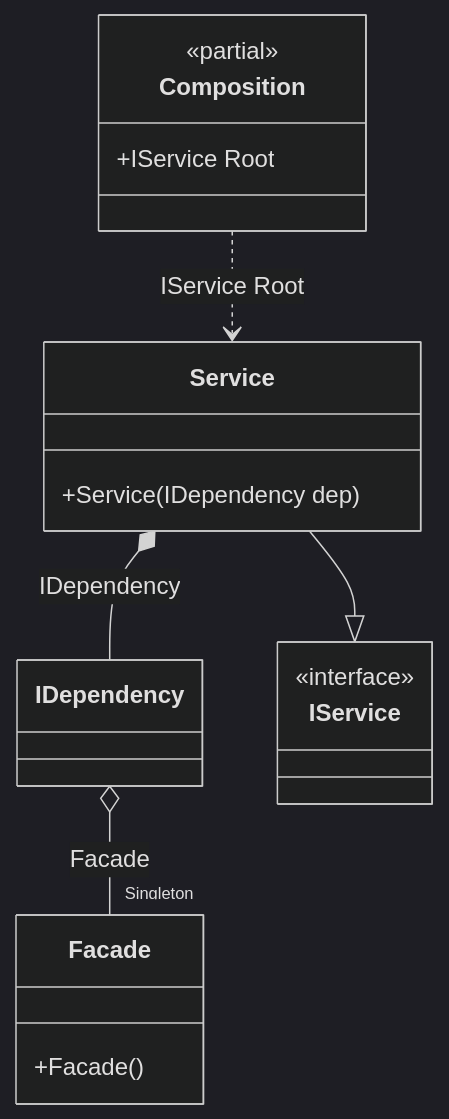
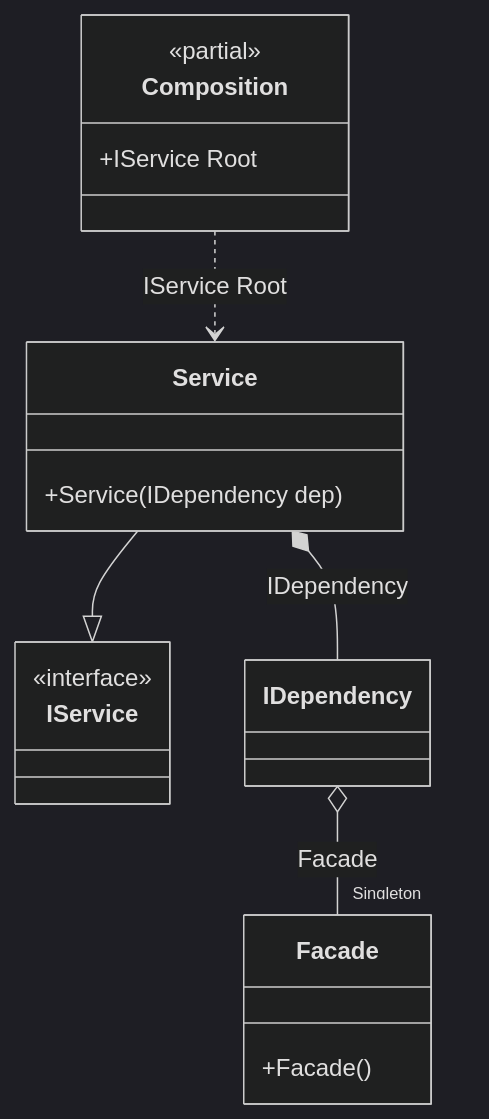
Before and after one commit to DevTeam/Pure.DI: the diagram in readme/bind-attribute.md, drawn with Mermaid (dark theme). The commit also changed other lines of this file and 92 other files, not shown here.

````diff
--- a/readme/bind-attribute.md
+++ b/readme/bind-attribute.md
@@ -101,21 +101,21 @@
 ```mermaid
 classDiagram
 	class Composition {
 		<<partial>>
 		+IService Root
 	}
+	Service --|> IService
+	class Service {
+		+Service(IDependency dep)
+	}
 	class IDependency
 	class Facade {
 		+Facade()
-	}
-	Service --|> IService
-	class Service {
-		+Service(IDependency dep)
 	}
 	class IService {
 		<<interface>>
 	}
 	Composition ..> Service : IService Root
+	Service *--  IDependency : IDependency
 	IDependency o-- "Singleton" Facade : Facade
-	Service *--  IDependency : IDependency
 ```
````
